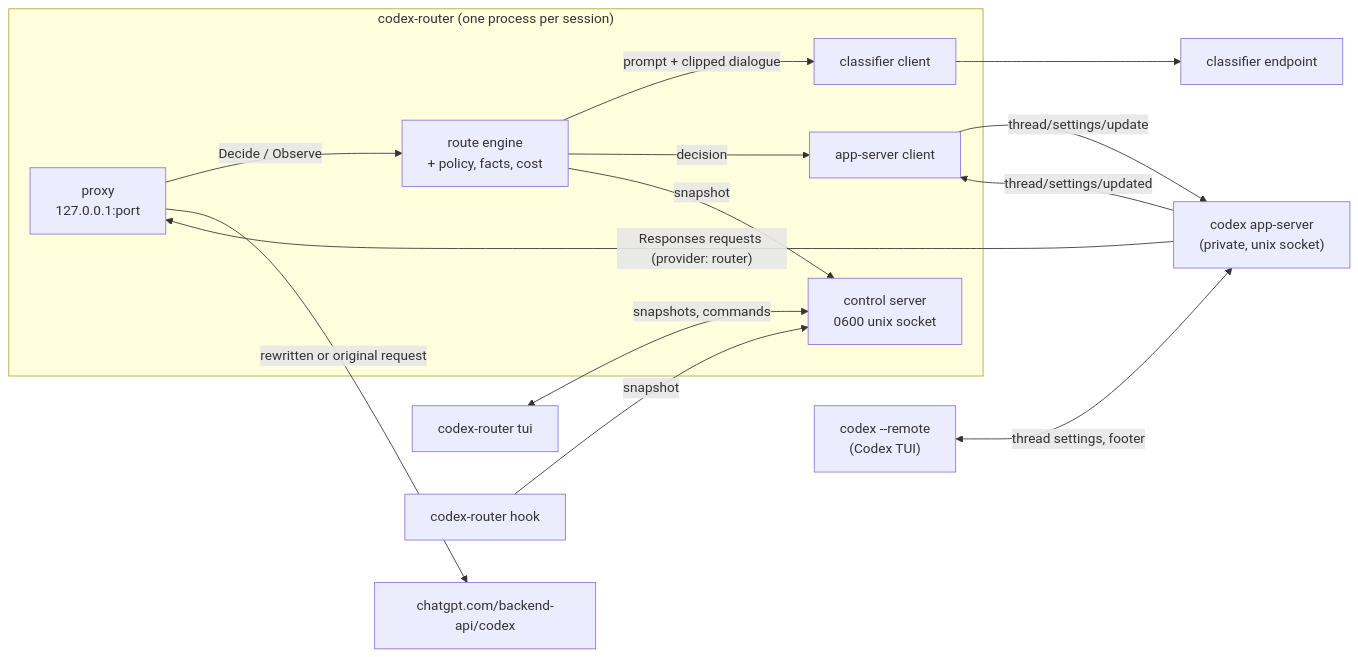
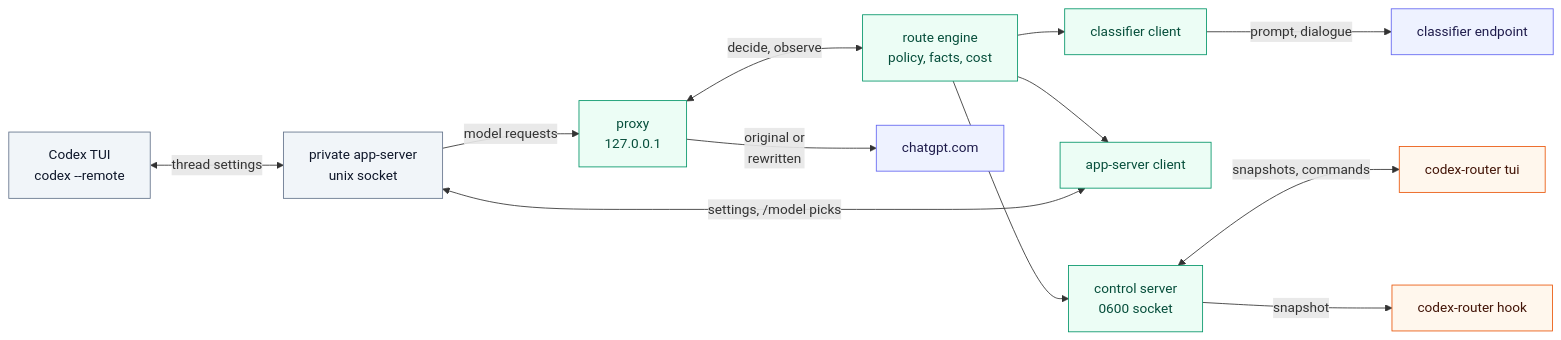
The first of 5 diagrams in docs/architecture.md (alexei-led/codex-router), drawn with Mermaid before and after one commit. The commit also changed other lines of this file and 3 other files, not shown here.

First line of the commit message:
Rewrite README as a front page; reorganize the user guide and architecture

````diff
--- a/docs/architecture.md
+++ b/docs/architecture.md
@@ -7,27 +11,31 @@
 ```mermaid
 flowchart LR
-  subgraph router["codex-router (one process per session)"]
-    proxy["proxy<br/>127.0.0.1:port"]
-    engine["route engine<br/>+ policy, facts, cost"]
-    cls["classifier client"]
-    ctl["control server<br/>0600 unix socket"]
-    app["app-server client"]
-  end
-  tui["codex --remote<br/>(Codex TUI)"]
-  srv["codex app-server<br/>(private, unix socket)"]
-  up["chatgpt.com/backend-api/codex"]
-  llm["classifier endpoint"]
-  panel["codex-router tui"]
-  hook["codex-router hook"]
+  tui["Codex TUI<br/>codex --remote"]:::codex
+  srv["private app-server<br/>unix socket"]:::codex
+  proxy["proxy<br/>127.0.0.1"]:::core
+  engine["route engine<br/>policy, facts, cost"]:::core
+  cls["classifier client"]:::core
+  app["app-server client"]:::core
+  ctl["control server<br/>0600 socket"]:::core
+  up["chatgpt.com"]:::ext
+  llm["classifier endpoint"]:::ext
+  panel["codex-router tui"]:::tool
+  hook["codex-router hook"]:::tool
 
-  srv -- "Responses requests (provider: router)" --> proxy
-  proxy -- "Decide / Observe" --> engine
-  engine -- "prompt + clipped dialogue" --> cls --> llm
-  proxy -- "rewritten or original request" --> up
-  engine -- "decision" --> app -- "thread/settings/update" --> srv
-  srv -- "thread/settings/updated" --> app
-  tui <-- "thread settings, footer" --> srv
-  engine -- "snapshot" --> ctl
-  panel <-- "snapshots, commands" --> ctl
-  hook -- "snapshot" --> ctl
+  tui <-->|"thread settings"| srv
+  srv -->|"model requests"| proxy
+  proxy -->|"original or<br/>rewritten"| up
+  proxy <-->|"decide, observe"| engine
+  engine --> cls
+  cls -->|"prompt, dialogue"| llm
+  engine --> app
+  app <-->|"settings, /model picks"| srv
+  engine --> ctl
+  ctl <-->|"snapshots, commands"| panel
+  ctl -->|"snapshot"| hook
+
+  classDef core fill:#ecfdf5,stroke:#059669,color:#064e3b
+  classDef codex fill:#f1f5f9,stroke:#64748b,color:#0f172a
+  classDef ext fill:#eef2ff,stroke:#6366f1,color:#1e1b4b
+  classDef tool fill:#fff7ed,stroke:#ea580c,color:#431407
 ```
````
